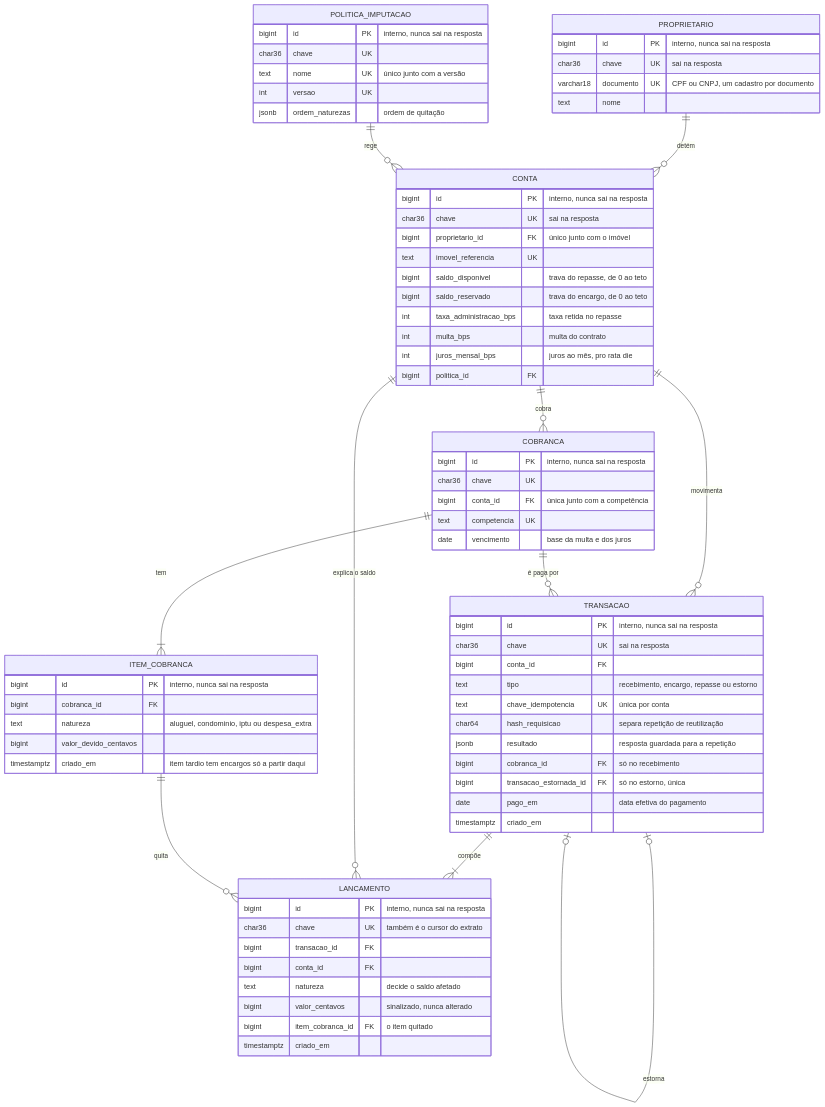
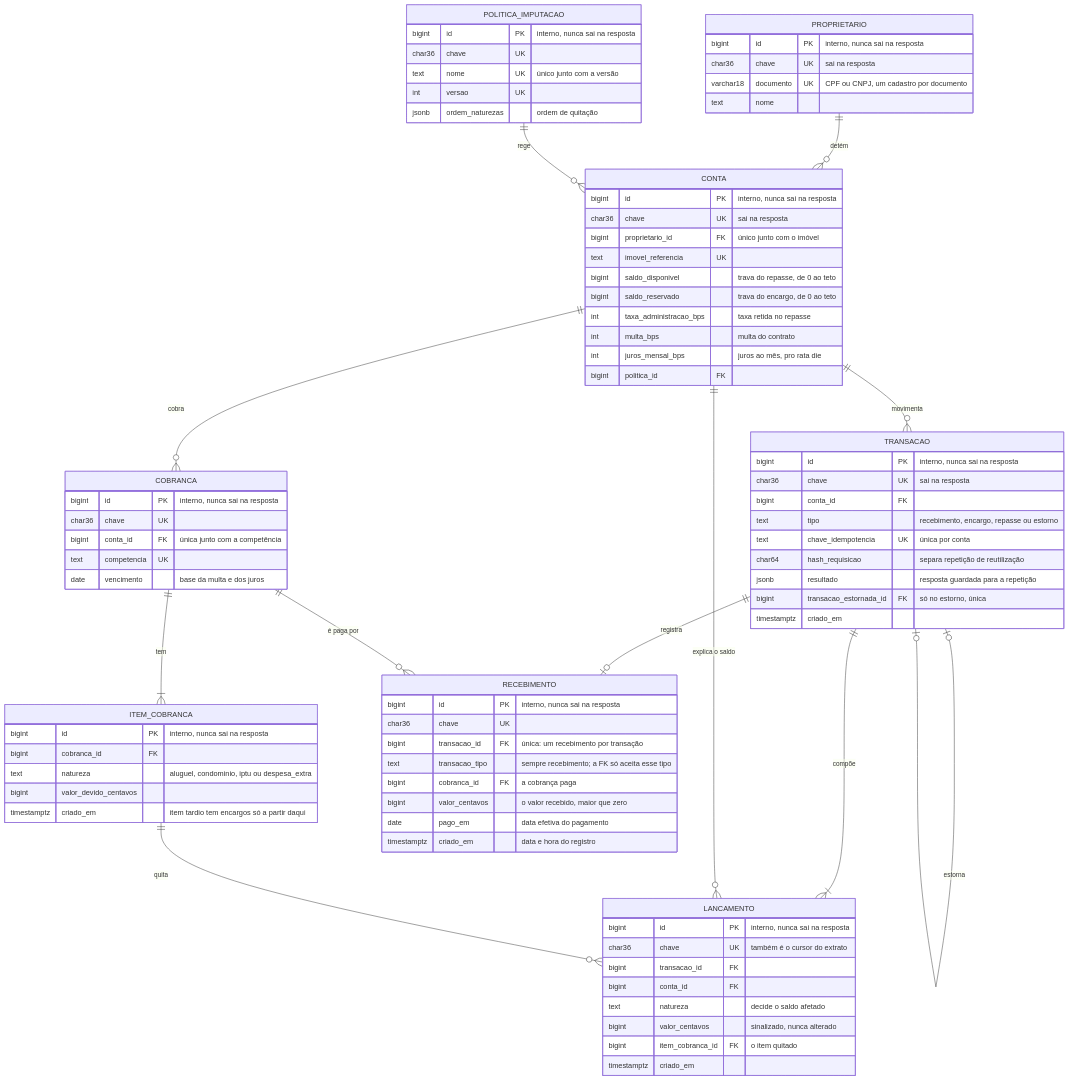
The diagram in docs/rfc/rfc-orca.md (Emanuellydias19/Projeto-Bootcamp-QI-Tech), drawn with Mermaid before and after one commit. The commit also changed other lines of this file and 2 other files, not shown here.

Commit message:
docs: registra a tabela recebimento na secao 12.8, na DD41 e nos diagramas

```diff
--- a/docs/rfc/rfc-orca.md
+++ b/docs/rfc/rfc-orca.md
@@ -71,7 +71,8 @@
     CONTA ||--o{ COBRANCA : "cobra"
     COBRANCA ||--|{ ITEM_COBRANCA : "tem"
     CONTA ||--o{ TRANSACAO : "movimenta"
-    COBRANCA ||--o{ TRANSACAO : "é paga por"
+    TRANSACAO ||--o| RECEBIMENTO : "registra"
+    COBRANCA ||--o{ RECEBIMENTO : "é paga por"
     TRANSACAO |o--o| TRANSACAO : "estorna"
     TRANSACAO ||--|{ LANCAMENTO : "compõe"
     CONTA ||--o{ LANCAMENTO : "explica o saldo"
@@ -123,10 +124,18 @@
         text chave_idempotencia UK "única por conta"
         char64 hash_requisicao "separa repetição de reutilização"
         jsonb resultado "resposta guardada para a repetição"
-        bigint cobranca_id FK "só no recebimento"
         bigint transacao_estornada_id FK "só no estorno, única"
+        timestamptz criado_em
+    }
+    RECEBIMENTO {
+        bigint id PK "interno, nunca sai na resposta"
+        char36 chave UK
+        bigint transacao_id FK "única: um recebimento por transação"
+        text transacao_tipo "sempre recebimento; a FK só aceita esse tipo"
+        bigint cobranca_id FK "a cobrança paga"
+        bigint valor_centavos "o valor recebido, maior que zero"
         date pago_em "data efetiva do pagamento"
-        timestamptz criado_em
+        timestamptz criado_em "data e hora do registro"
     }
     LANCAMENTO {
         bigint id PK "interno, nunca sai na resposta"
```
